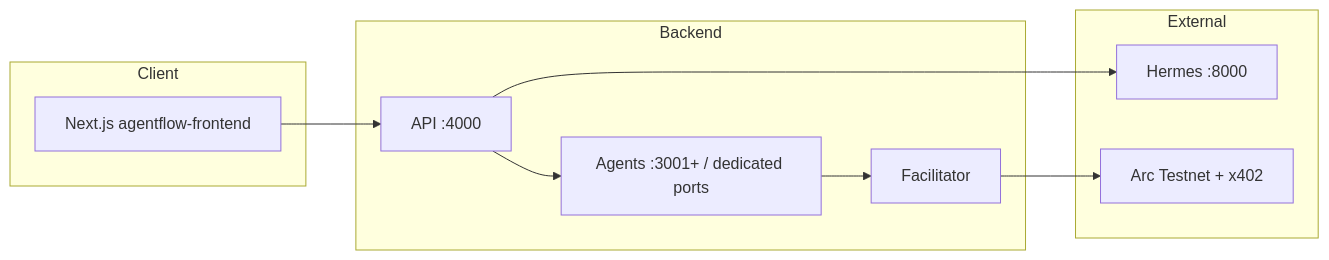
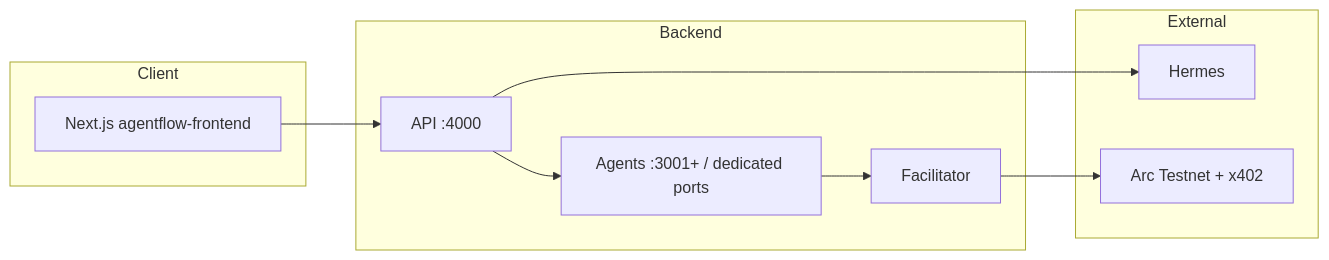
The diagram in README.md (Snehal707/Agentflow), drawn with Mermaid before and after one commit. The commit also changed other lines of this file and 6 other files, not shown here.

````diff
--- a/README.md
+++ b/README.md
@@ -50,23 +63,23 @@
 ```mermaid
 flowchart LR
   subgraph Client
     Web[Next.js agentflow-frontend]
   end
 
   subgraph Backend
     API[API :4000]
     Agents[Agents :3001+ / dedicated ports]
     Fac[Facilitator]
   end
 
   subgraph External
-    Hermes[Hermes :8000]
+    Hermes[Hermes]
     Arc[Arc Testnet + x402]
   end
 
   Web --> API
   API --> Agents
   API --> Hermes
   Agents --> Fac
   Fac --> Arc
 ```
````
